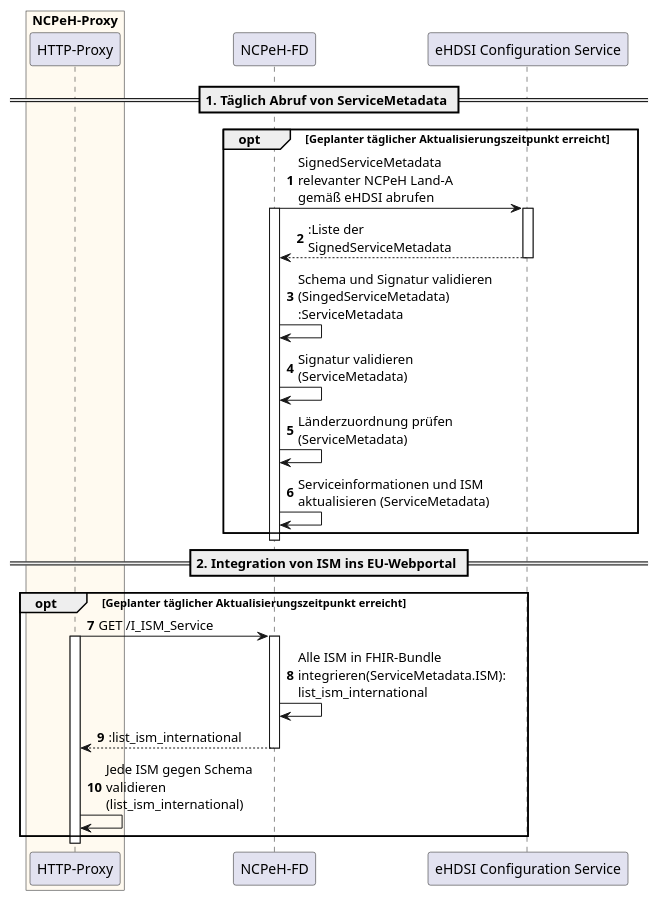
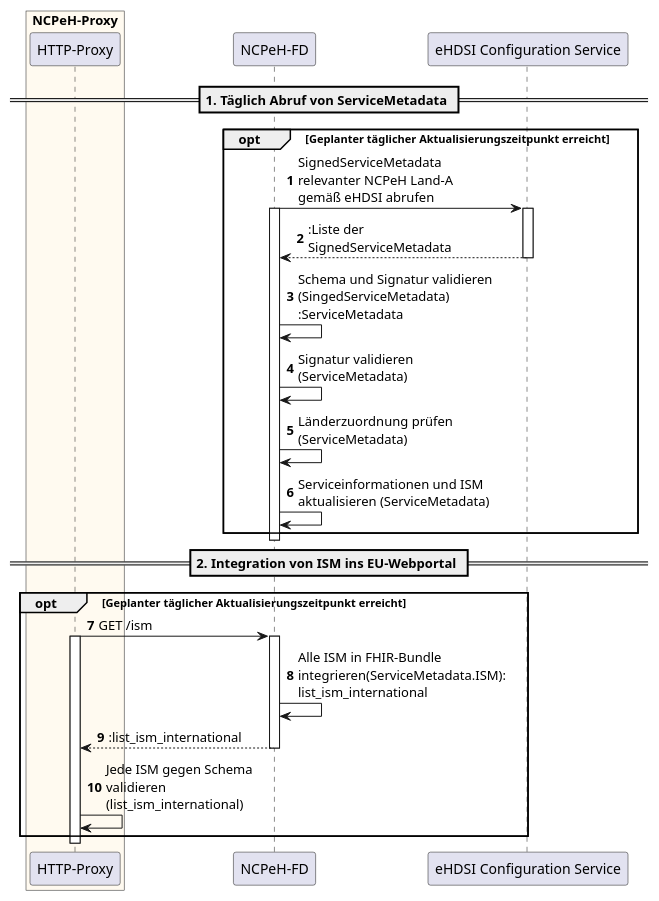
The diagram in src/images/eped-b/functional/ISM_bereitstellen.puml (gematik/api-ncpeh), drawn with PlantUML before and after one commit. The commit also changed 4 other files, not shown here.

```diff
--- a/src/images/eped-b/functional/ISM_bereitstellen.puml
+++ b/src/images/eped-b/functional/ISM_bereitstellen.puml
@@ -1,39 +1,39 @@
 @startuml ISM bereiststellen
 
 skinparam maxMessageSize 200
 autonumber
 
 box "NCPeH-Proxy" #FloralWhite
     participant "HTTP-Proxy" as Proxy
 end box
 participant "NCPeH-FD" as NCPeH
 participant "eHDSI Configuration Service" as ConfServ
 
 == 1. Täglich Abruf von ServiceMetadata ==
 opt Geplanter täglicher Aktualisierungszeitpunkt erreicht
     NCPeH -> ConfServ: SignedServiceMetadata relevanter NCPeH Land-A gemäß eHDSI abrufen
     activate NCPeH 
     activate ConfServ
 
     ConfServ --> NCPeH: :Liste der SignedServiceMetadata
     deactivate ConfServ
 
     NCPeH -> NCPeH: Schema und Signatur validieren (SingedServiceMetadata) :ServiceMetadata
     NCPeH -> NCPeH: Signatur validieren (ServiceMetadata)
     NCPeH -> NCPeH: Länderzuordnung prüfen (ServiceMetadata)
     NCPeH -> NCPeH: Serviceinformationen und ISM aktualisieren (ServiceMetadata)
 end
 deactivate NCPeH
 
 == 2. Integration von ISM ins EU-Webportal ==
 opt Geplanter täglicher Aktualisierungszeitpunkt erreicht
-    Proxy -> NCPeH: GET /I_ISM_Service
+    Proxy -> NCPeH: GET /ism
     activate Proxy
     activate NCPeH
     NCPeH -> NCPeH: Alle ISM in FHIR-Bundle integrieren(ServiceMetadata.ISM): list_ism_international
     NCPeH --> Proxy: :list_ism_international
     deactivate NCPeH
     Proxy -> Proxy: Jede ISM gegen Schema validieren (list_ism_international)
 end
 deactivate Proxy
 @enduml
```
